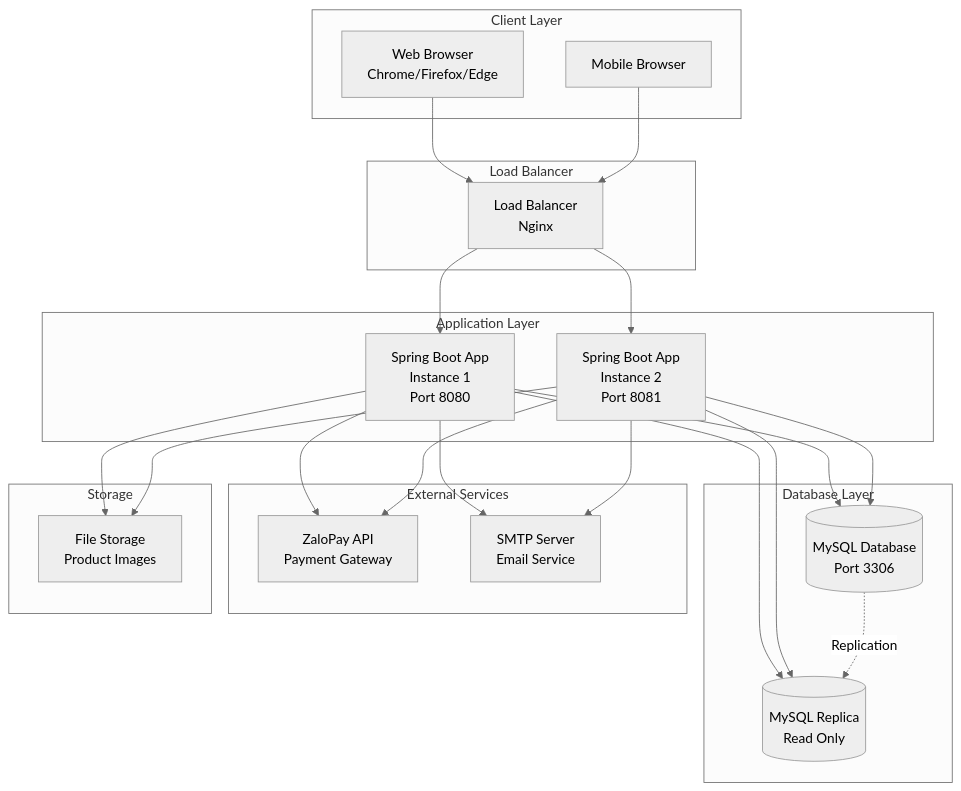
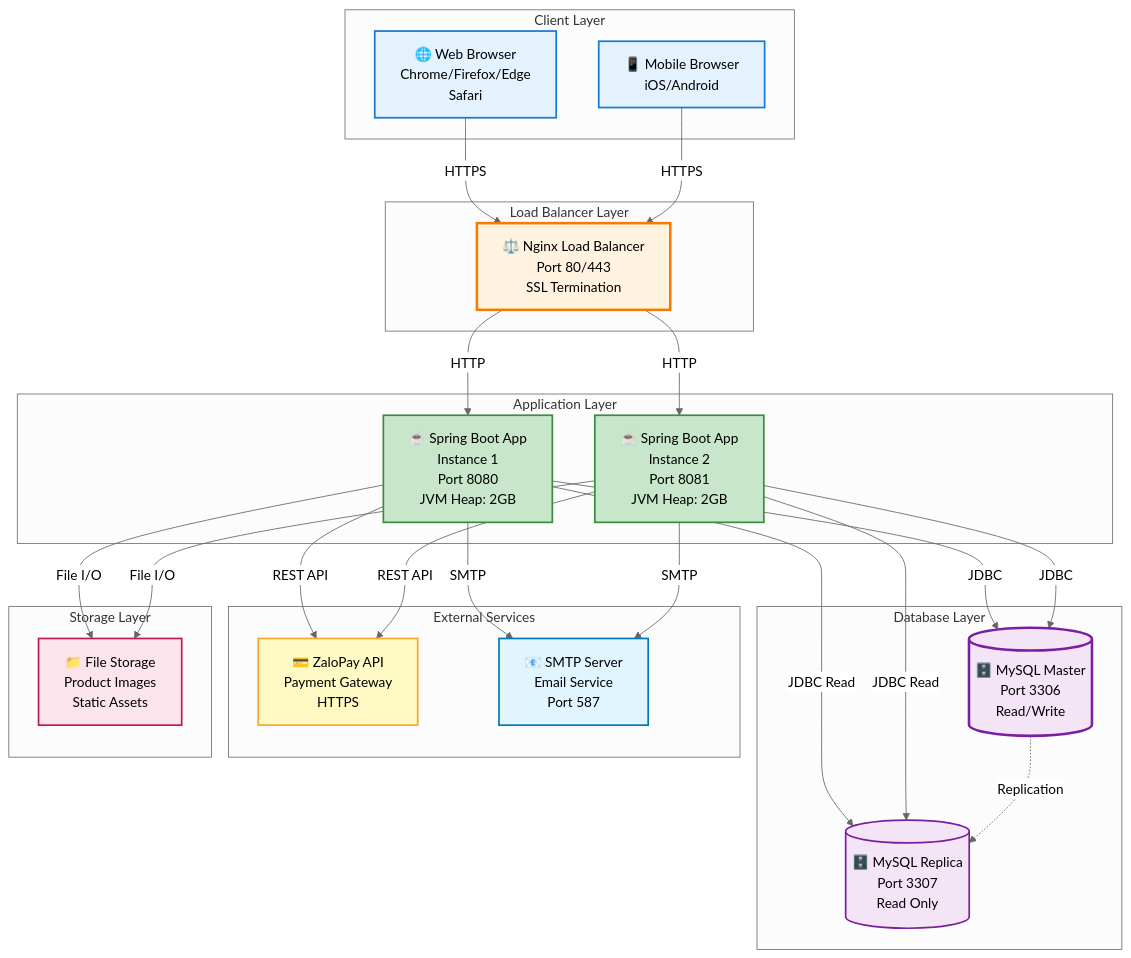
The seventh of 7 diagrams in DIAGRAMS.md (thoailyo230/bai-lap-cua-cac-buoi-tren-lop), drawn with Mermaid (neutral theme) before and after one commit. The commit also changed other lines of this file, not shown here.

````diff
--- a/DIAGRAMS.md
+++ b/DIAGRAMS.md
@@ -528,50 +593,62 @@
 ```mermaid
 graph TB
-    subgraph "Client Layer"
-        Browser[Web Browser<br/>Chrome/Firefox/Edge]
-        Mobile[Mobile Browser]
+    subgraph Client["Client Layer"]
+        Browser[🌐 Web Browser<br/>Chrome/Firefox/Edge<br/>Safari]
+        Mobile[📱 Mobile Browser<br/>iOS/Android]
     end
     
-    subgraph "Load Balancer"
-        LB[Load Balancer<br/>Nginx]
+    subgraph LB["Load Balancer Layer"]
+        Nginx[⚖️ Nginx Load Balancer<br/>Port 80/443<br/>SSL Termination]
     end
     
-    subgraph "Application Layer"
-        App1[Spring Boot App<br/>Instance 1<br/>Port 8080]
-        App2[Spring Boot App<br/>Instance 2<br/>Port 8081]
+    subgraph App["Application Layer"]
+        App1[☕ Spring Boot App<br/>Instance 1<br/>Port 8080<br/>JVM Heap: 2GB]
+        App2[☕ Spring Boot App<br/>Instance 2<br/>Port 8081<br/>JVM Heap: 2GB]
     end
     
-    subgraph "Database Layer"
-        DB[(MySQL Database<br/>Port 3306)]
-        DBSlave[(MySQL Replica<br/>Read Only)]
+    subgraph DB["Database Layer"]
+        MySQL[(🗄️ MySQL Master<br/>Port 3306<br/>Read/Write)]
+        MySQLSlave[(🗄️ MySQL Replica<br/>Port 3307<br/>Read Only)]
     end
     
-    subgraph "External Services"
-        ZaloPay[ZaloPay API<br/>Payment Gateway]
-        SMTP[SMTP Server<br/>Email Service]
+    subgraph External["External Services"]
+        ZaloPay[💳 ZaloPay API<br/>Payment Gateway<br/>HTTPS]
+        SMTP[📧 SMTP Server<br/>Email Service<br/>Port 587]
     end
     
-    subgraph "Storage"
-        FileStorage[File Storage<br/>Product Images]
+    subgraph Storage["Storage Layer"]
+        FileStorage[📁 File Storage<br/>Product Images<br/>Static Assets]
     end
     
-    Browser --> LB
-    Mobile --> LB
-    LB --> App1
-    LB --> App2
+    Browser -->|HTTPS| Nginx
+    Mobile -->|HTTPS| Nginx
     
-    App1 --> DB
-    App1 --> DBSlave
-    App2 --> DB
-    App2 --> DBSlave
+    Nginx -->|HTTP| App1
+    Nginx -->|HTTP| App2
     
-    App1 --> ZaloPay
-    App2 --> ZaloPay
-    App1 --> SMTP
-    App2 --> SMTP
+    App1 -->|JDBC| MySQL
+    App1 -->|JDBC Read| MySQLSlave
+    App2 -->|JDBC| MySQL
+    App2 -->|JDBC Read| MySQLSlave
     
-    App1 --> FileStorage
-    App2 --> FileStorage
+    App1 -->|REST API| ZaloPay
+    App2 -->|REST API| ZaloPay
+    App1 -->|SMTP| SMTP
+    App2 -->|SMTP| SMTP
     
-    DB -.->|Replication| DBSlave
+    App1 -->|File I/O| FileStorage
+    App2 -->|File I/O| FileStorage
+    
+    MySQL -.->|Replication| MySQLSlave
+    
+    style Browser fill:#e3f2fd,stroke:#1976d2,stroke-width:2px
+    style Mobile fill:#e3f2fd,stroke:#1976d2,stroke-width:2px
+    style Nginx fill:#fff3e0,stroke:#f57c00,stroke-width:3px
+    style App1 fill:#c8e6c9,stroke:#388e3c,stroke-width:2px
+    style App2 fill:#c8e6c9,stroke:#388e3c,stroke-width:2px
+    style MySQL fill:#f3e5f5,stroke:#7b1fa2,stroke-width:3px
+    style MySQLSlave fill:#f3e5f5,stroke:#7b1fa2,stroke-width:2px
+    style ZaloPay fill:#fff9c4,stroke:#f9a825,stroke-width:2px
+    style SMTP fill:#e1f5fe,stroke:#0277bd,stroke-width:2px
+    style FileStorage fill:#fce4ec,stroke:#c2185b,stroke-width:2px
 ```
````
